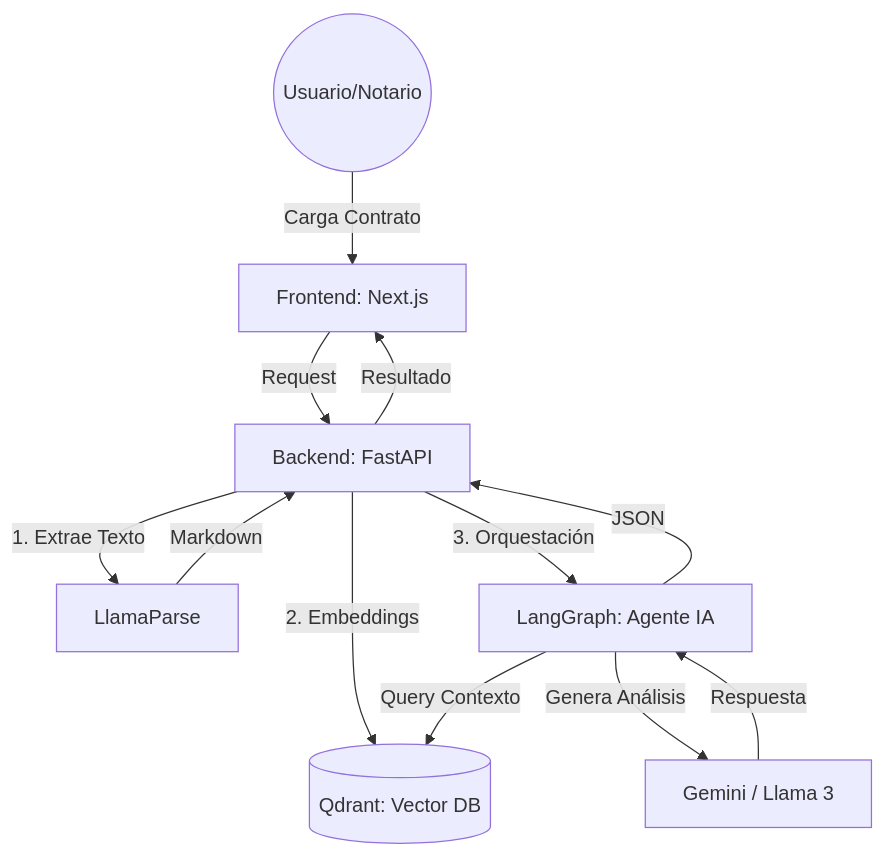
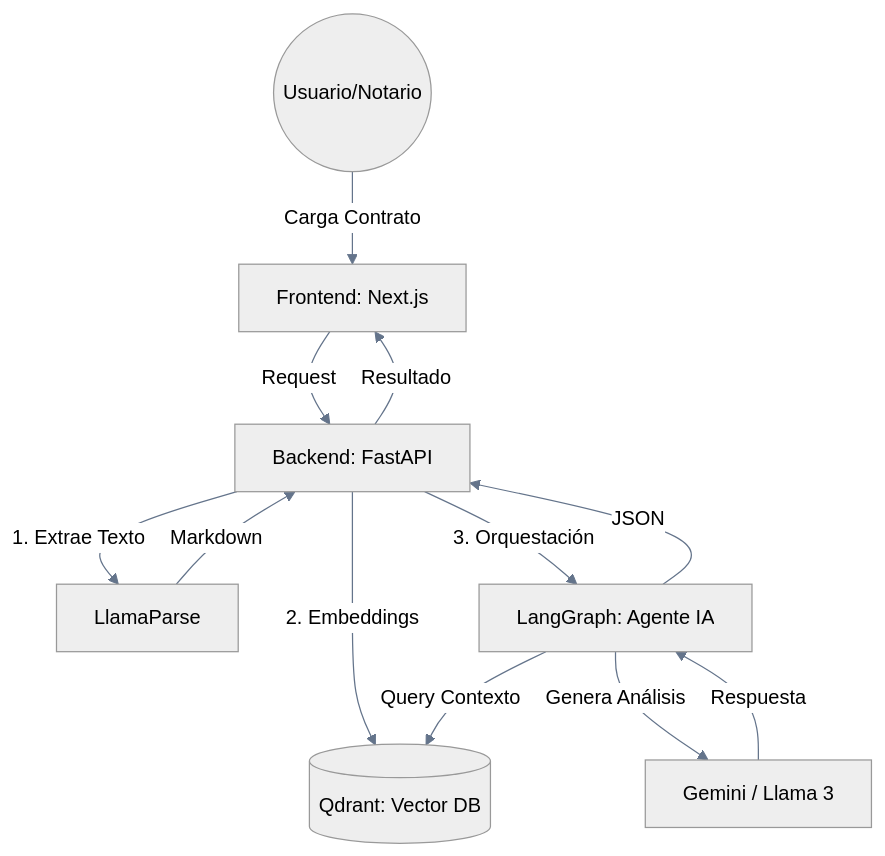
The diagram in astro/src/content/docs/arquitectura/01-vision-global.md (NickSalA/pactus-docs), drawn with Mermaid before and after one commit. The commit also changed other lines of this file and 3 other files, not shown here.

Commit message:
refactor: remove rehype-mermaid dependency and playwright devDependency; update architecture diagram in documentation

````diff
--- a/astro/src/content/docs/arquitectura/01-vision-global.md
+++ b/astro/src/content/docs/arquitectura/01-vision-global.md
@@ -8,14 +8,15 @@
 ```mermaid
+%%{init: { 'theme': 'neutral', 'themeVariables': { 'primaryColor': '#4f46e5', 'primaryTextColor': '#fff', 'lineColor': '#64748b', 'tertiaryColor': '#f1f5f9'}}}%%
 graph TD
     User((Usuario/Notario)) -- Carga Contrato --> FE[Frontend: Next.js]
     FE -- Request --> BE[Backend: FastAPI]
     BE -- 1. Extrae Texto --> LP[LlamaParse]
     LP -- Markdown --> BE
     BE -- 2. Embeddings --> VDB[(Qdrant: Vector DB)]
     BE -- 3. Orquestación --> LG[LangGraph: Agente IA]
     LG -- Query Contexto --> VDB
     LG -- Genera Análisis --> LLM[Gemini / Llama 3]
     LLM -- Respuesta --> LG
     LG -- JSON --> BE
     BE -- Resultado --> FE
 ```
````
